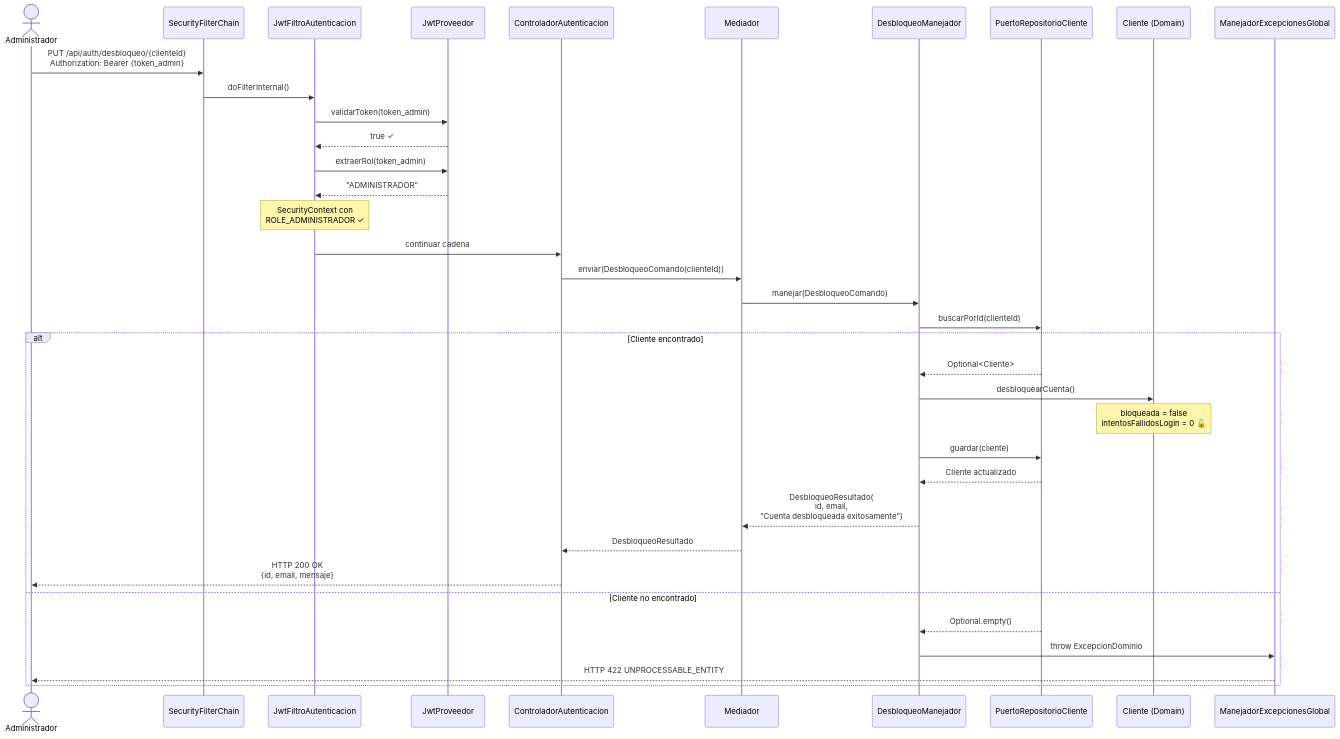
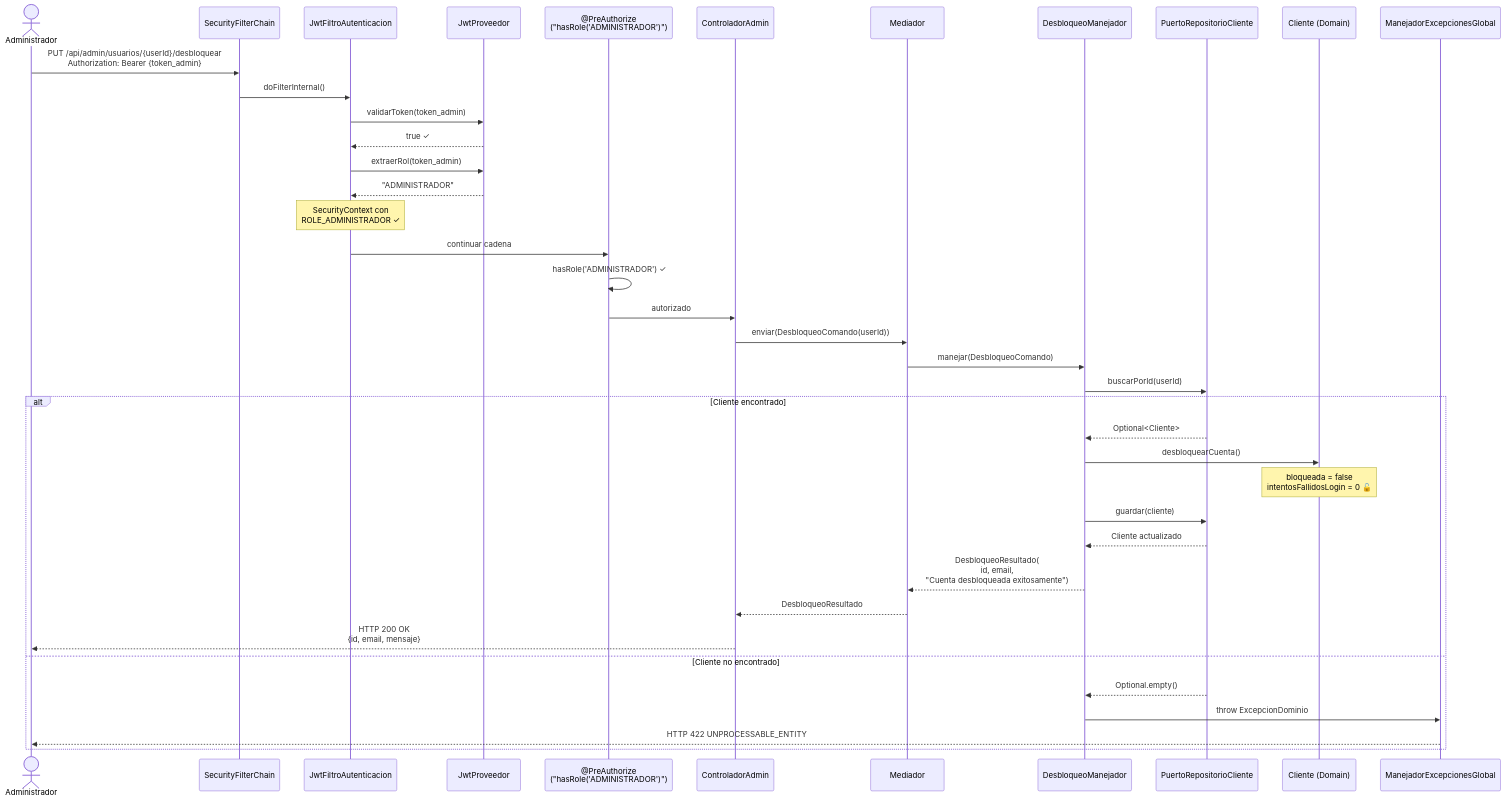
The fourth of 7 diagrams in docs/architecture/flujo-autenticacion.md (juanitoDruort/BTG_Pactual_V2), drawn with Mermaid before and after one commit. The commit also changed other lines of this file and 11 other files, not shown here.

First line of the commit message:
Característica: Implementación de la funcionalidad de desbloqueo de cuentas de administrador y mejora de las medidas de seguridad.

````diff
--- a/docs/architecture/flujo-autenticacion.md
+++ b/docs/architecture/flujo-autenticacion.md
@@ -259,47 +264,50 @@
 ```mermaid
 sequenceDiagram
     actor Admin as Administrador
     participant SC as SecurityFilterChain
     participant Filtro as JwtFiltroAutenticacion
     participant JWT as JwtProveedor
-    participant Ctrl as ControladorAutenticacion
+    participant PreAuth as @PreAuthorize<br/>("hasRole('ADMINISTRADOR')")
+    participant Ctrl as ControladorAdmin
     participant Med as Mediador
     participant DH as DesbloqueoManejador
     participant Repo as PuertoRepositorioCliente
     participant Dom as Cliente (Domain)
     participant Exc as ManejadorExcepcionesGlobal
 
-    Admin->>SC: PUT /api/auth/desbloqueo/{clienteId}<br/>Authorization: Bearer {token_admin}
+    Admin->>SC: PUT /api/admin/usuarios/{userId}/desbloquear<br/>Authorization: Bearer {token_admin}
 
     SC->>Filtro: doFilterInternal()
     Filtro->>JWT: validarToken(token_admin)
     JWT-->>Filtro: true ✓
     Filtro->>JWT: extraerRol(token_admin)
     JWT-->>Filtro: "ADMINISTRADOR"
     Note over Filtro: SecurityContext con<br/>ROLE_ADMINISTRADOR ✓
 
-    Filtro->>Ctrl: continuar cadena
+    Filtro->>PreAuth: continuar cadena
+    PreAuth->>PreAuth: hasRole('ADMINISTRADOR') ✓
+    PreAuth->>Ctrl: autorizado
 
-    Ctrl->>Med: enviar(DesbloqueoComando(clienteId))
+    Ctrl->>Med: enviar(DesbloqueoComando(userId))
     Med->>DH: manejar(DesbloqueoComando)
 
-    DH->>Repo: buscarPorId(clienteId)
+    DH->>Repo: buscarPorId(userId)
 
     alt Cliente encontrado
         Repo-->>DH: Optional<Cliente>
         DH->>Dom: desbloquearCuenta()
         Note over Dom: bloqueada = false<br/>intentosFallidosLogin = 0 🔓
 
         DH->>Repo: guardar(cliente)
         Repo-->>DH: Cliente actualizado
 
         DH-->>Med: DesbloqueoResultado(<br/>id, email,<br/>"Cuenta desbloqueada exitosamente")
         Med-->>Ctrl: DesbloqueoResultado
         Ctrl-->>Admin: HTTP 200 OK<br/>{id, email, mensaje}
 
     else Cliente no encontrado
         Repo-->>DH: Optional.empty()
         DH->>Exc: throw ExcepcionDominio
         Exc-->>Admin: HTTP 422 UNPROCESSABLE_ENTITY
     end
 ```
````
